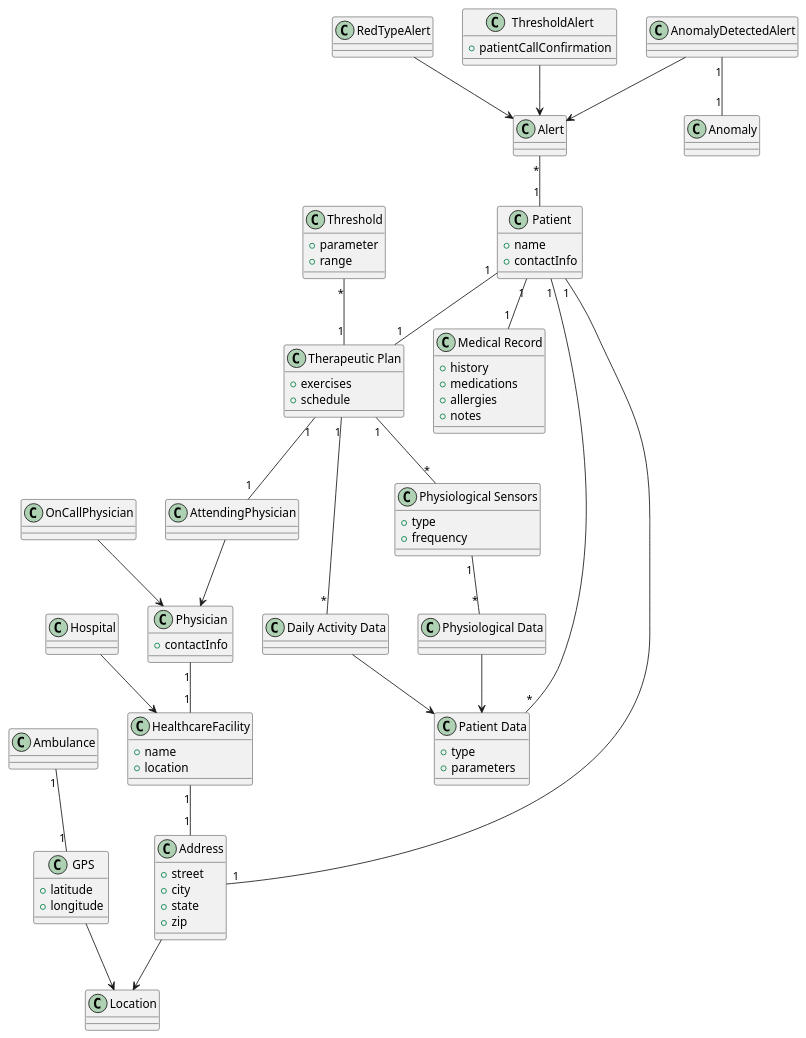
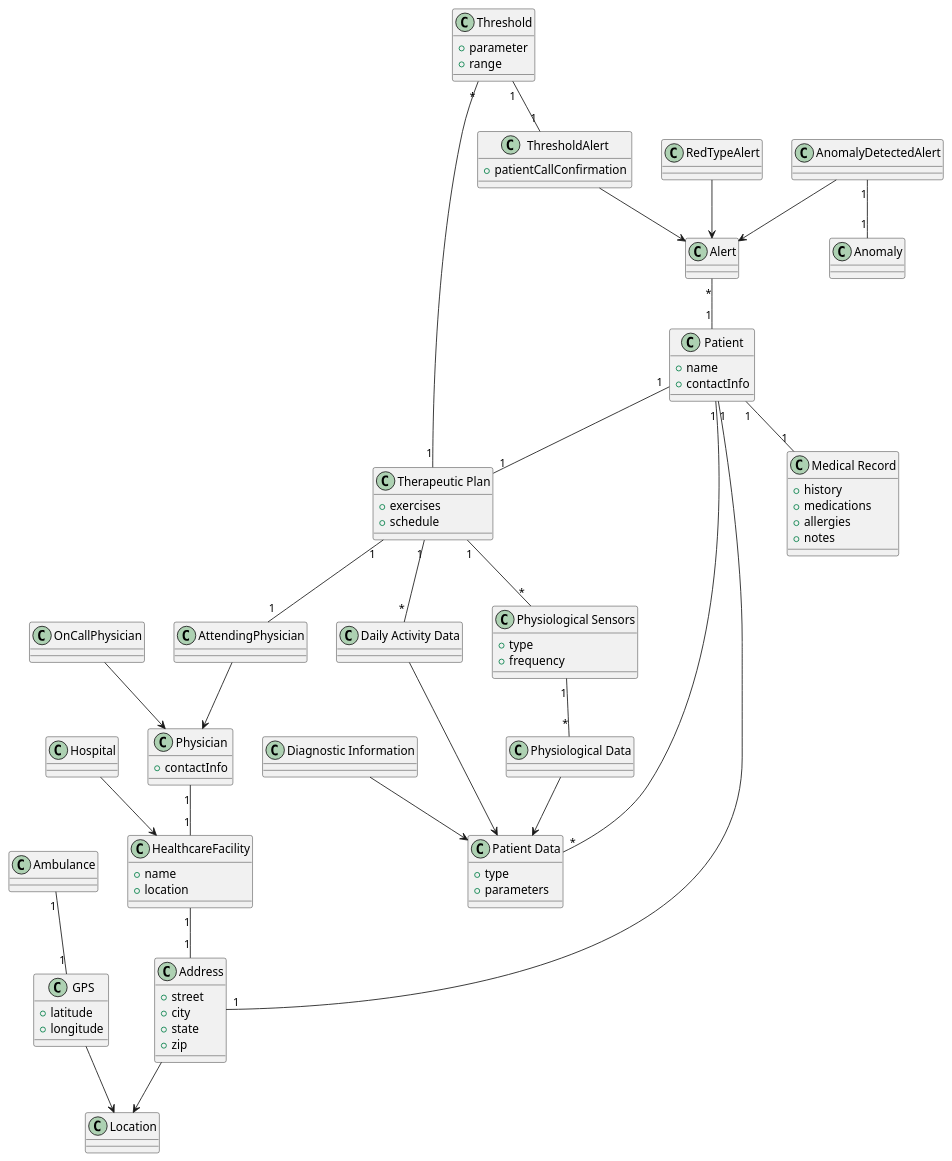
One commit to koalas11/Software-Architecture-Project changed the diagram in diagrams/data_diagram.plantuml. Above: the diagram before and after it, drawn with PlantUML. The commit also changed 14 other files, not shown here.

```diff
--- a/diagrams/data_diagram.plantuml
+++ b/diagrams/data_diagram.plantuml
@@ -1,122 +1,127 @@
 @startuml data_diagram
 ' Class diagram for the problem architecture (WHAT)
 
 class Patient {
   +name
   +contactInfo
 }
 
 class "Medical Record" as MedicalRecord {
   +history
   +medications
   +allergies
   +notes
 }
 
 class "Therapeutic Plan" as TherapeuticPlan {
   +exercises
   +schedule
 }
 
 class "Patient Data" as PatientData {
   +type
   +parameters
 }
+
+class "Diagnostic Information" as DiagnosticInformation {}
 
 class "Physiological Data" as PhysiologicalData {}
 
 class "Daily Activity Data" as DailyActivityData {}
 
 class Physician {
   +contactInfo
 }
 
 class AttendingPhysician {}
 
 class OnCallPhysician {}
 
 class HealthcareFacility {
   +name
   +location
 }
 
 class Hospital {}
 
 class Ambulance {}
 
 class Alert {}
 
 class RedTypeAlert {}
 
 class AnomalyDetectedAlert {}
 
 class ThresholdAlert {
   + patientCallConfirmation
 }
 
 RedTypeAlert --> Alert
 AnomalyDetectedAlert --> Alert
 ThresholdAlert --> Alert
 
 class Anomaly {}
 
 
 class Location {}
 
 class Address {
   +street
   +city
   +state
   +zip
 }
 
 class GPS {
   +latitude
   +longitude
 }
 
 class "Physiological Sensors" as PhysiologicalSensors {
   +type
   +frequency
 }
 
 class Threshold {
   +parameter
   +range
 }
 
 Threshold "*" -- "1" TherapeuticPlan
 TherapeuticPlan "1" -- "*" DailyActivityData
 TherapeuticPlan "1" -- "*" PhysiologicalSensors
 PhysiologicalSensors "1" -- "*" PhysiologicalData
 
 Address --> Location
 GPS --> Location
 
 HealthcareFacility "1" -- "1" Address
 Ambulance "1" -- "1" GPS
 Patient "1" -- "1" Address
 
 AnomalyDetectedAlert "1" -- "1" Anomaly
 
 ' Relationships
 Patient "1" -- "1" MedicalRecord
 Patient "1" -- "1" TherapeuticPlan
 Patient "1" -- "*" PatientData
 
 TherapeuticPlan "1" -- "1" AttendingPhysician
 
 Hospital --> HealthcareFacility
 
 Physician "1" -- "1" HealthcareFacility
 
 AttendingPhysician --> Physician
 OnCallPhysician --> Physician
 
 PhysiologicalData --> PatientData
 DailyActivityData --> PatientData
+DiagnosticInformation --> PatientData
 
 Alert "*" -- "1" Patient
 
+Threshold "1" -- "1" ThresholdAlert
+
 
 @enduml
```
